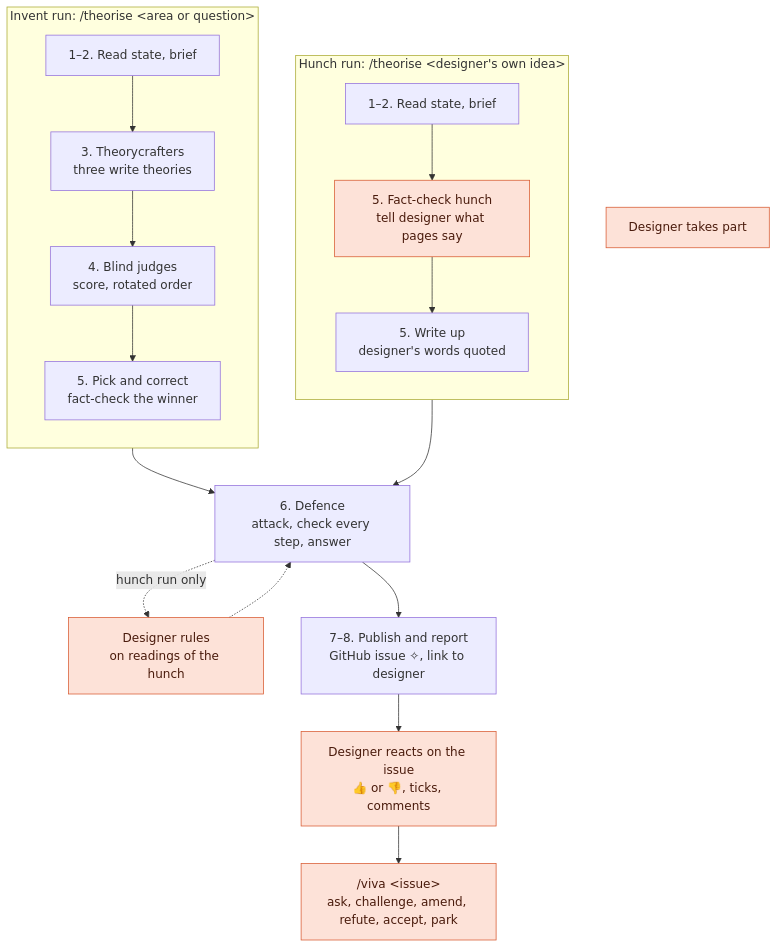
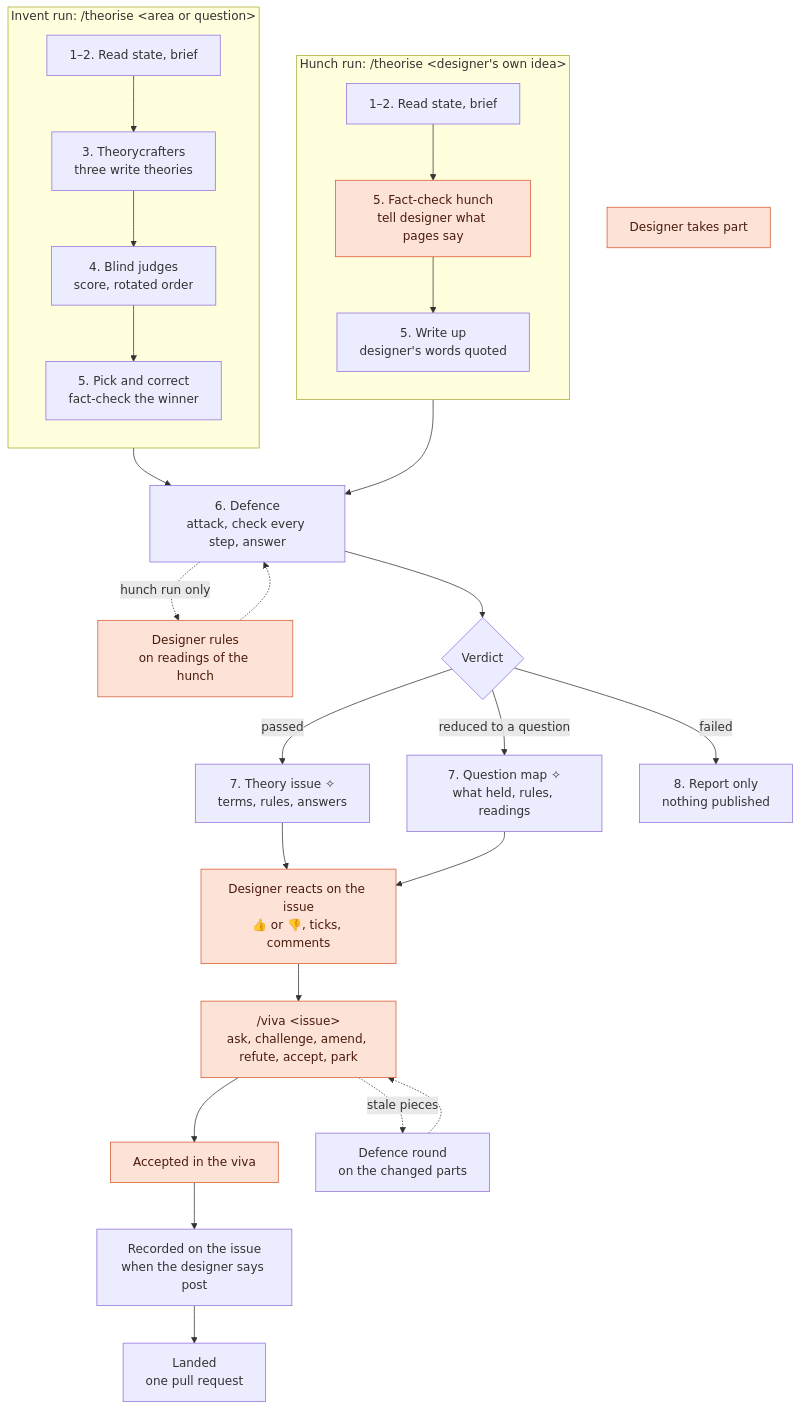
Before and after one commit to TAGC/oneiros: the diagram in docs/theories.md, drawn with Mermaid.

Commit message:
docs(theories): carry the flowchart past the defence
The flowchart stopped at the viva. It now splits on the verdict (theory
issue, question map, or a report with nothing published) and follows a
piece through the viva to accepted, recorded on the issue and landed,
with stale pieces going back for a defence round.

````diff
--- a/docs/theories.md
+++ b/docs/theories.md
@@ -39,24 +39,33 @@
 ```mermaid
 flowchart TB
   subgraph hunch ["Hunch run: /theorise #lt;designer's own idea#gt;"]
     direction TB
     h12["1–2. Read state, brief"] --> h5a["5. Fact-check hunch<br/>tell designer what pages say"]
     h5a --> h5b["5. Write up<br/>designer's words quoted"]
   end
   subgraph invent ["Invent run: /theorise #lt;area or question#gt;"]
     direction TB
     i12["1–2. Read state, brief"] --> i3["3. Theorycrafters<br/>three write theories"]
     i3 --> i4["4. Blind judges<br/>score, rotated order"]
     i4 --> i5["5. Pick and correct<br/>fact-check the winner"]
   end
   i5 --> defence["6. Defence<br/>attack, check every step, answer"]
   h5b --> defence
   defence -. "hunch run only" .-> rules["Designer rules<br/>on readings of the hunch"]
   rules -.-> defence
-  defence --> publish["7–8. Publish and report<br/>GitHub issue ✧, link to designer"]
-  publish --> react["Designer reacts on the issue<br/>👍 or 👎, ticks, comments"]
+  defence --> verdict{"Verdict"}
+  verdict -- "passed" --> theory["7. Theory issue ✧<br/>terms, rules, answers"]
+  verdict -- "reduced to a question" --> map["7. Question map ✧<br/>what held, rules, readings"]
+  verdict -- "failed" --> none["8. Report only<br/>nothing published"]
+  theory --> react["Designer reacts on the issue<br/>👍 or 👎, ticks, comments"]
+  map --> react
   react --> viva["/viva #lt;issue#gt;<br/>ask, challenge, amend, refute, accept, park"]
+  viva --> accepted["Accepted in the viva"]
+  accepted --> recorded["Recorded on the issue<br/>when the designer says post"]
+  recorded --> landed["Landed<br/>one pull request"]
+  viva -. "stale pieces" .-> round["Defence round<br/>on the changed parts"]
+  round -.-> viva
   key["Designer takes part"]
   classDef designer fill:#fde2d8,stroke:#d85a30,color:#4a1b0c
-  class h5a,rules,react,viva,key designer
+  class h5a,rules,react,viva,accepted,key designer
 ```
````
